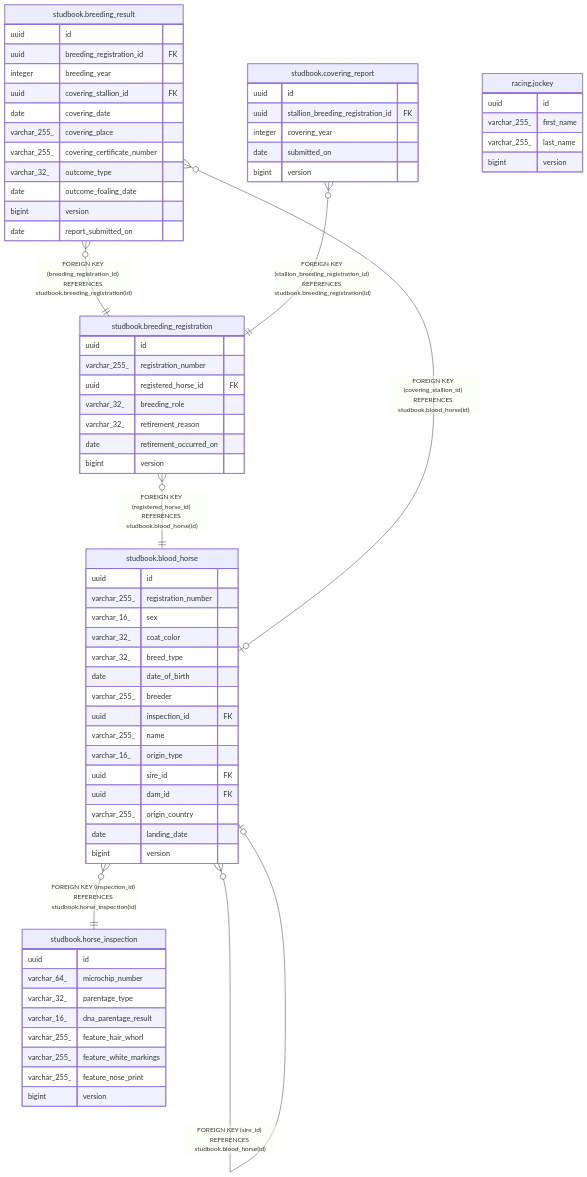
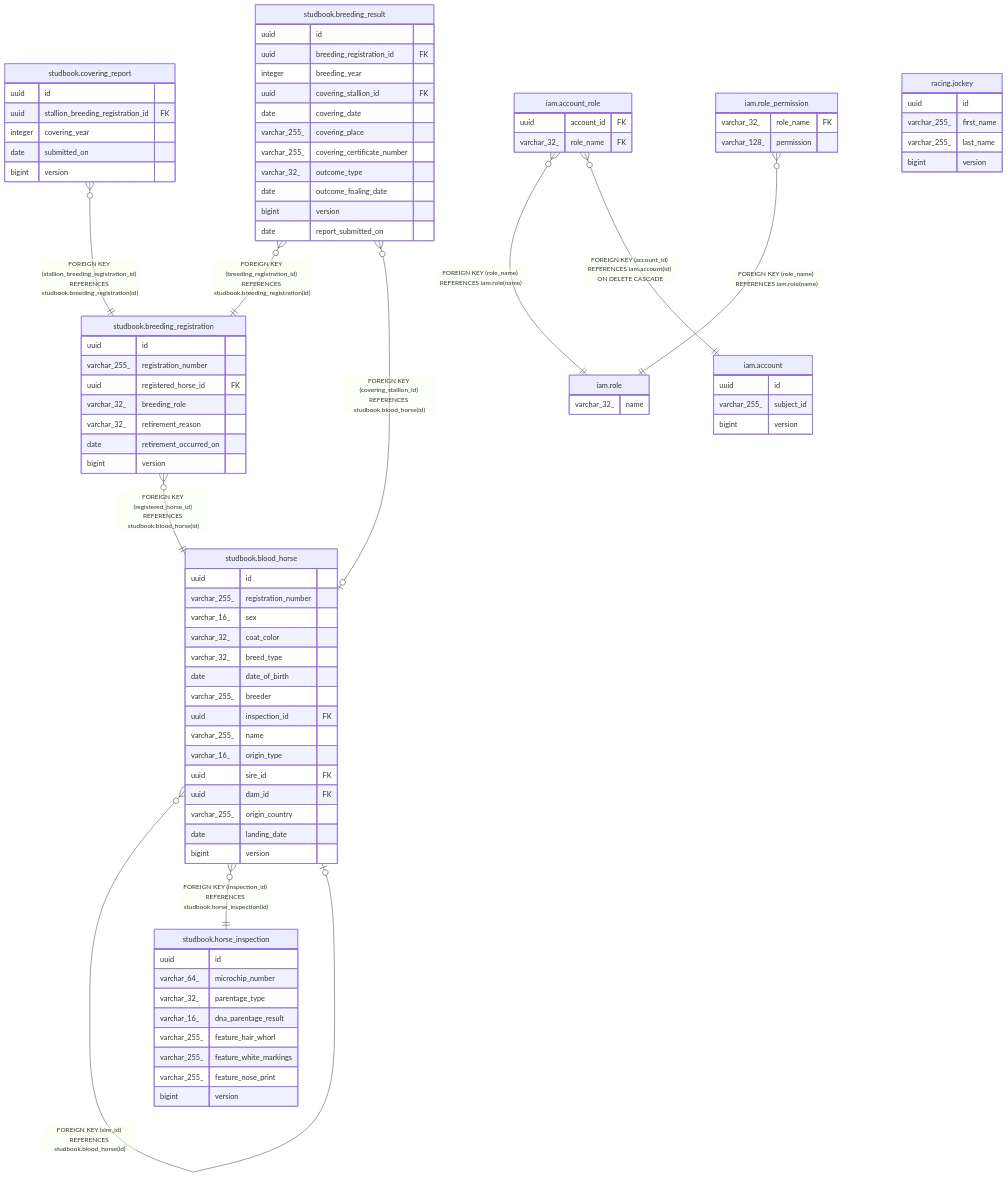
The diagram in dbdoc/README.md (ptiringo/toy-box), drawn with Mermaid before and after one commit. The commit also changed other lines of this file and 6 other files, not shown here.

First line of the commit message:
feat: #606 iam スキーマ（account / role / account_role / role_permission）を追加する

````diff
--- a/dbdoc/README.md
+++ b/dbdoc/README.md
@@ -23,6 +27,9 @@
 "studbook.breeding_result" }o--|| "studbook.breeding_registration" : "FOREIGN KEY (breeding_registration_id) REFERENCES studbook.breeding_registration(id)"
 "studbook.breeding_result" }o--o| "studbook.blood_horse" : "FOREIGN KEY (covering_stallion_id) REFERENCES studbook.blood_horse(id)"
 "studbook.covering_report" }o--|| "studbook.breeding_registration" : "FOREIGN KEY (stallion_breeding_registration_id) REFERENCES studbook.breeding_registration(id)"
+"iam.account_role" }o--|| "iam.role" : "FOREIGN KEY (role_name) REFERENCES iam.role(name)"
+"iam.account_role" }o--|| "iam.account" : "FOREIGN KEY (account_id) REFERENCES iam.account(id) ON DELETE CASCADE"
+"iam.role_permission" }o--|| "iam.role" : "FOREIGN KEY (role_name) REFERENCES iam.role(name)"
 
 "racing.jockey" {
   uuid id
@@ -86,4 +93,20 @@
   date submitted_on
   bigint version
 }
+"iam.role" {
+  varchar_32_ name
+}
+"iam.account" {
+  uuid id
+  varchar_255_ subject_id
+  bigint version
+}
+"iam.account_role" {
+  uuid account_id FK
+  varchar_32_ role_name FK
+}
+"iam.role_permission" {
+  varchar_32_ role_name FK
+  varchar_128_ permission
+}
 ```
````
